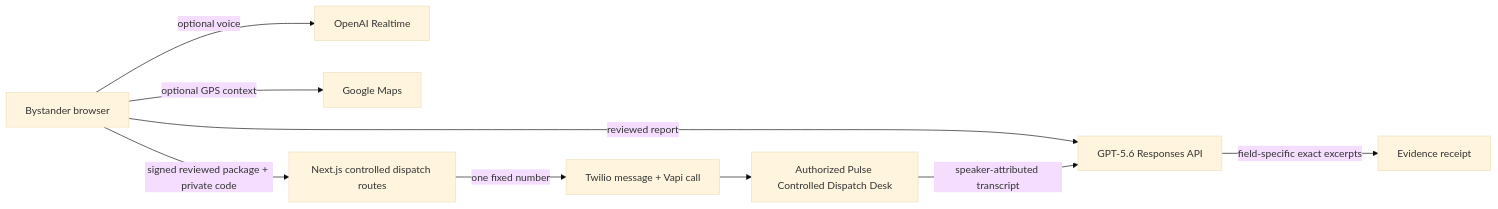
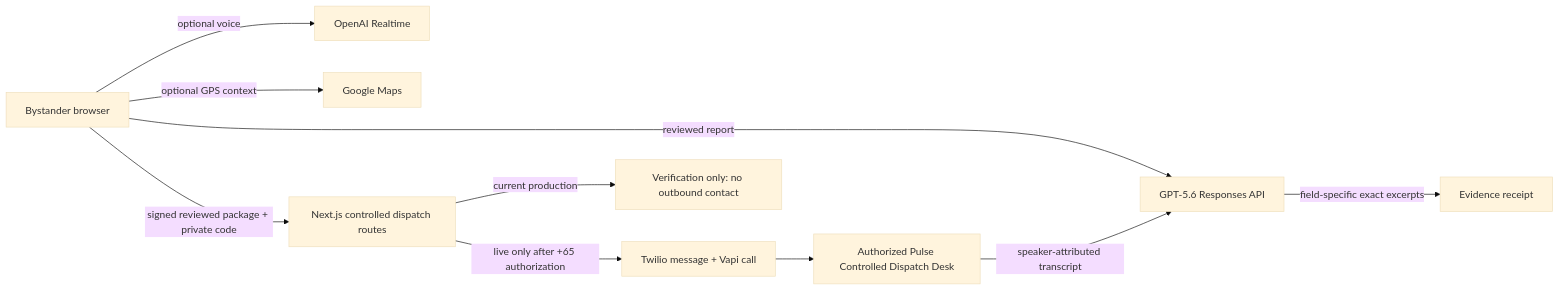
The diagram in README.md (13shreyansh/pulseguard), drawn with Mermaid (base theme) before and after one commit. The commit also changed other lines of this file and 4 other files, not shown here.

````diff
--- a/README.md
+++ b/README.md
@@ -68,11 +81,12 @@
 ```mermaid
 flowchart LR
   A["Bystander browser"] -->|"optional voice"| B["OpenAI Realtime"]
   A -->|"reviewed report"| C["GPT-5.6 Responses API"]
   A -->|"optional GPS context"| D["Google Maps"]
   A -->|"signed reviewed package + private code"| E["Next.js controlled dispatch routes"]
-  E -->|"one fixed number"| F["Twilio message + Vapi call"]
+  E -->|"live only after +65 authorization"| F["Twilio message + Vapi call"]
+  E -->|"current production"| I["Verification only: no outbound contact"]
   F --> G["Authorized Pulse Controlled Dispatch Desk"]
   G -->|"speaker-attributed transcript"| C
   C -->|"field-specific exact excerpts"| H["Evidence receipt"]
 ```
````
